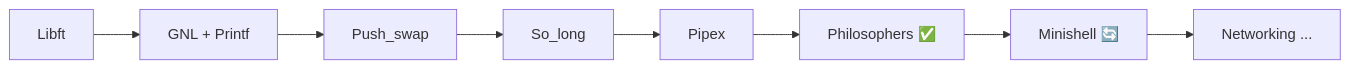
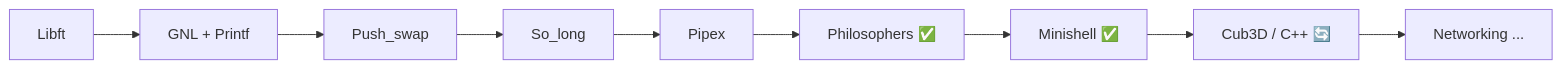
The diagram in README.md (Motaz9999/Motaz9999), drawn with Mermaid before and after one commit. The commit also changed other lines of this file, not shown here.

````diff
--- a/README.md
+++ b/README.md
@@ -140,10 +152,11 @@
 ```mermaid
 graph LR
     A[Libft] --> B[GNL + Printf]
     B --> C[Push_swap]
     C --> D[So_long]
     D --> E[Pipex]
     E --> F[Philosophers ✅]
-    F --> G[Minishell 🔄]
-    G --> H[Networking ...]
+    F --> G[Minishell ✅]
+    G --> H[Cub3D / C++ 🔄]
+    H --> I[Networking ...]
 ```
````
